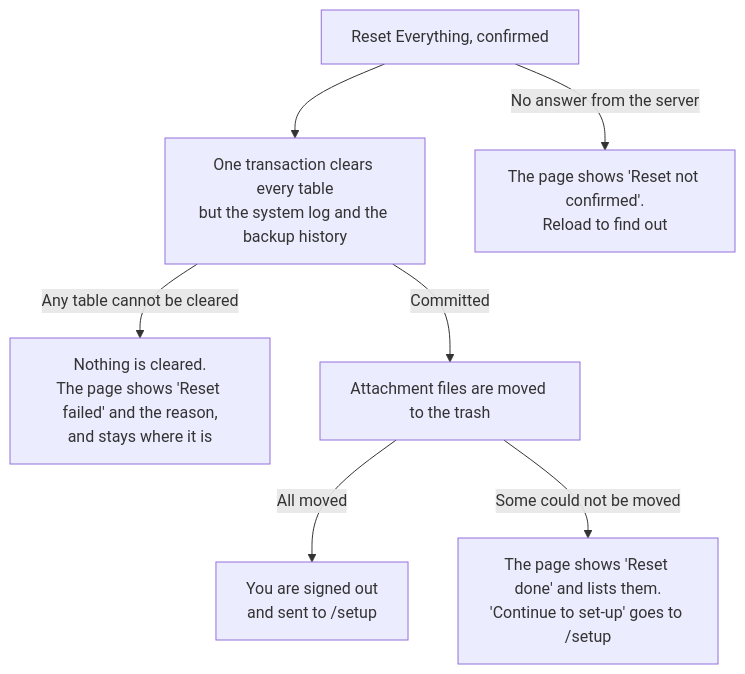
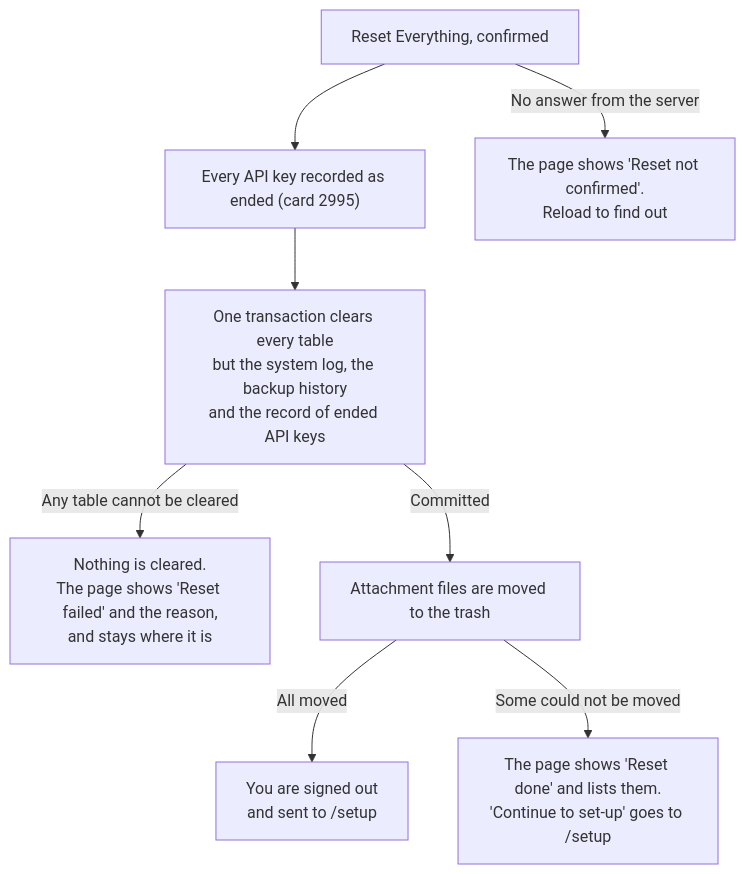
One commit to gitBoon/DumpFire changed diagram 22 of 23 in docs/admin-guide.md. Above: the diagram before and after it, drawn with Mermaid. The commit also changed other lines of this file and 39 other files, not shown here.

````diff
--- a/docs/admin-guide.md
+++ b/docs/admin-guide.md
@@ -1452,9 +1456,10 @@
 ```mermaid
 flowchart TD
-    Click["Reset Everything, confirmed"] --> Tx["One transaction clears every table<br/>but the system log and the backup history"]
+    Click["Reset Everything, confirmed"] --> Rec["Every API key recorded as ended (card 2995)"]
+    Rec --> Tx["One transaction clears every table<br/>but the system log, the backup history<br/>and the record of ended API keys"]
     Tx -->|"Any table cannot be cleared"| Fail["Nothing is cleared.<br/>The page shows 'Reset failed' and the reason,<br/>and stays where it is"]
     Tx -->|"Committed"| Files["Attachment files are moved to the trash"]
     Files -->|"All moved"| Setup["You are signed out<br/>and sent to /setup"]
     Files -->|"Some could not be moved"| Notice["The page shows 'Reset done' and lists them.<br/>'Continue to set-up' goes to /setup"]
     Click -->|"No answer from the server"| Unknown["The page shows 'Reset not confirmed'.<br/>Reload to find out"]
 ```
````
